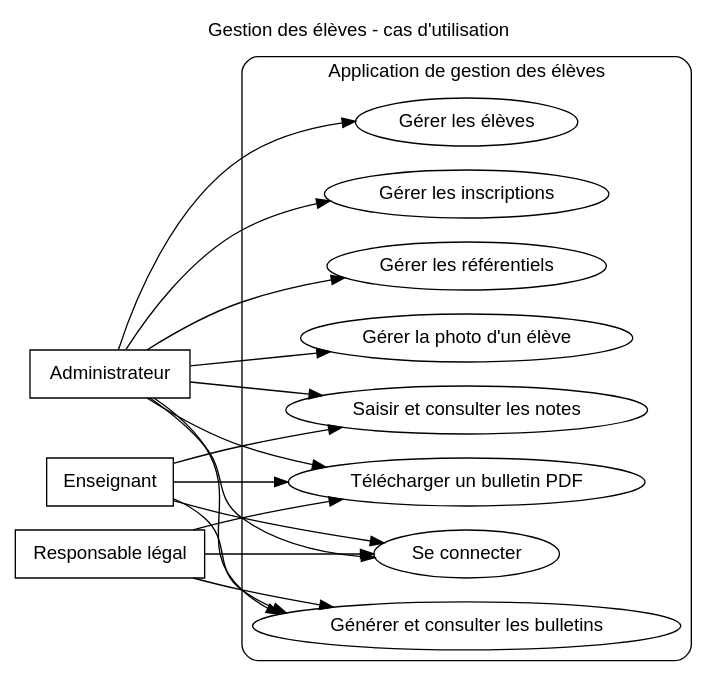
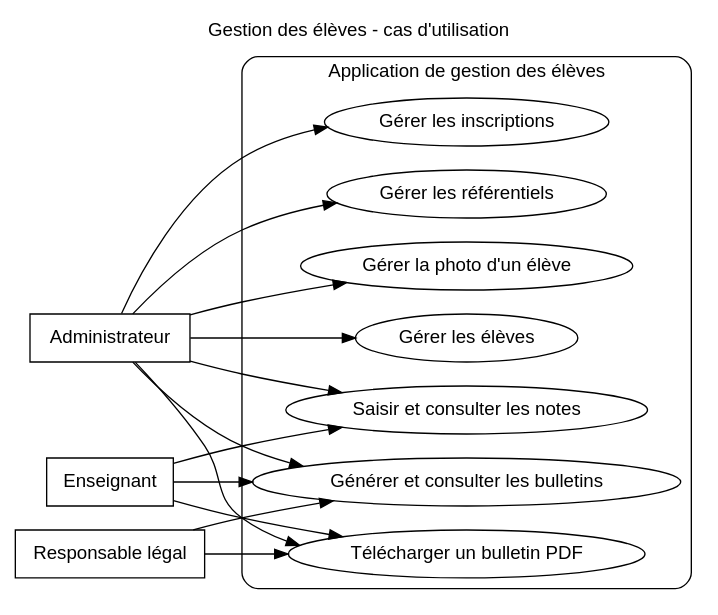
The diagram in docs/uml/use-case.dot (x451F/gestion-eleves-spring-react), drawn with Graphviz before and after one commit. The commit also changed 5 other files, not shown here.

First line of the commit message:
Update documentation and UML diagrams for the student management application

```diff
--- a/docs/uml/use-case.dot
+++ b/docs/uml/use-case.dot
@@ -1,22 +1,21 @@
 digraph UseCases {
   graph [rankdir=LR, bgcolor="white", fontname="Helvetica", label="Gestion des élèves - cas d'utilisation", labelloc=t];
   node [fontname="Helvetica"];
   admin [shape=box, label="Administrateur"];
   enseignant [shape=box, label="Enseignant"];
   responsable [shape=box, label="Responsable légal"];
   subgraph cluster_systeme {
     label="Application de gestion des élèves";
     style=rounded;
-    connexion [shape=ellipse, label="Se connecter"];
     eleves [shape=ellipse, label="Gérer les élèves"];
     inscriptions [shape=ellipse, label="Gérer les inscriptions"];
     referentiels [shape=ellipse, label="Gérer les référentiels"];
     notes [shape=ellipse, label="Saisir et consulter les notes"];
     bulletins [shape=ellipse, label="Générer et consulter les bulletins"];
     photo [shape=ellipse, label="Gérer la photo d'un élève"];
     pdf [shape=ellipse, label="Télécharger un bulletin PDF"];
   }
-  admin -> connexion; admin -> eleves; admin -> inscriptions; admin -> referentiels; admin -> notes; admin -> bulletins; admin -> photo; admin -> pdf;
-  enseignant -> connexion; enseignant -> notes; enseignant -> bulletins; enseignant -> pdf;
-  responsable -> connexion; responsable -> bulletins; responsable -> pdf;
+  admin -> eleves; admin -> inscriptions; admin -> referentiels; admin -> notes; admin -> bulletins; admin -> photo; admin -> pdf;
+  enseignant -> notes; enseignant -> bulletins; enseignant -> pdf;
+  responsable -> bulletins; responsable -> pdf;
 }
```
